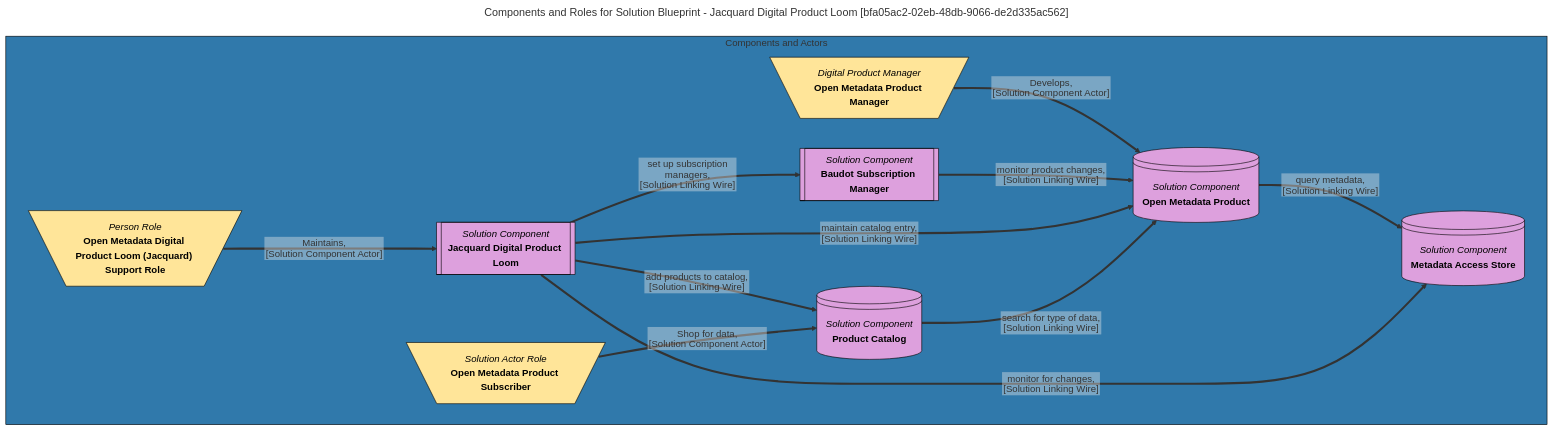
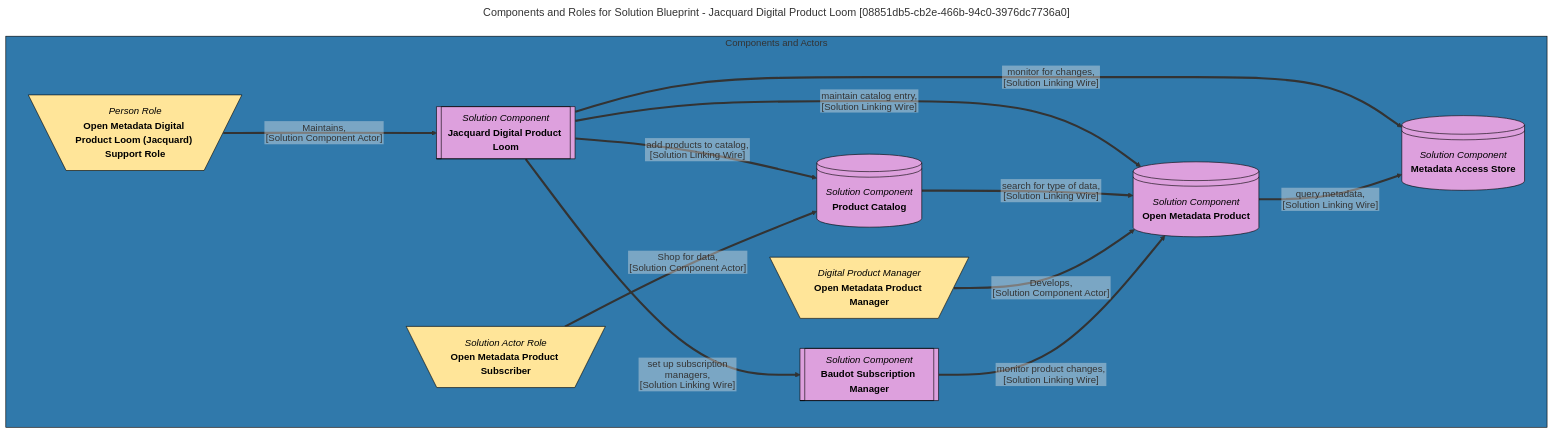
One commit to odpi/egeria-docs changed the diagram in site/snippets/blueprints/digital-products/jacquard-digital-product-loom-solution-blueprint-mermaid-graph.md. Above: the diagram before and after it, drawn with Mermaid. The commit also changed 2201 other files, not shown here.

````diff
--- a/site/snippets/blueprints/digital-products/jacquard-digital-product-loom-solution-blueprint-mermaid-graph.md
+++ b/site/snippets/blueprints/digital-products/jacquard-digital-product-loom-solution-blueprint-mermaid-graph.md
@@ -1,55 +1,55 @@
 ```mermaid
 ---
-title: Components and Roles for Solution Blueprint - Jacquard Digital Product Loom [bfa05ac2-02eb-48db-9066-de2d335ac562]
+title: Components and Roles for Solution Blueprint - Jacquard Digital Product Loom [08851db5-cb2e-466b-94c0-3976dc7736a0]
 ---
 flowchart TD
 %%{init: {"flowchart": {"htmlLabels": false}} }%%
 
 subgraph 1 [Components and Actors]
-2@{ shape: lin-cyl, label: "*Solution Component*
+2@{ shape: subproc, label: "*Solution Component*
+**Jacquard Digital Product Loom**"}
+3@{ shape: lin-cyl, label: "*Solution Component*
+**Product Catalog**"}
+4@{ shape: lin-cyl, label: "*Solution Component*
 **Open Metadata Product**"}
-3@{ shape: subproc, label: "*Solution Component*
-**Jacquard Digital Product Loom**"}
-4@{ shape: subproc, label: "*Solution Component*
+5@{ shape: lin-cyl, label: "*Solution Component*
+**Metadata Access Store**"}
+6@{ shape: subproc, label: "*Solution Component*
 **Baudot Subscription Manager**"}
-5@{ shape: lin-cyl, label: "*Solution Component*
-**Product Catalog**"}
-6@{ shape: lin-cyl, label: "*Solution Component*
-**Metadata Access Store**"}
-7@{ shape: trap-t, label: "*Digital Product Manager*
+7@{ shape: trap-t, label: "*Person Role*
+**Open Metadata Digital Product Loom (Jacquard) Support Role**"}
+7==>|"Maintains,
+[Solution Component Actor]"|2
+2==>|"maintain catalog entry,
+[Solution Linking Wire]"|4
+2==>|"add products to catalog,
+[Solution Linking Wire]"|3
+2==>|"monitor for changes,
+[Solution Linking Wire]"|5
+2==>|"set up subscription managers,
+[Solution Linking Wire]"|6
+8@{ shape: trap-t, label: "*Solution Actor Role*
+**Open Metadata Product Subscriber**"}
+8==>|"Shop for data,
+[Solution Component Actor]"|3
+3==>|"search for type of data,
+[Solution Linking Wire]"|4
+9@{ shape: trap-t, label: "*Digital Product Manager*
 **Open Metadata Product Manager**"}
-7==>|"Develops,
-[Solution Component Actor]"|2
-2==>|"query metadata,
-[Solution Linking Wire]"|6
-4==>|"monitor product changes,
-[Solution Linking Wire]"|2
-3==>|"maintain catalog entry,
-[Solution Linking Wire]"|2
-5==>|"search for type of data,
-[Solution Linking Wire]"|2
-8@{ shape: trap-t, label: "*Person Role*
-**Open Metadata Digital Product Loom (Jacquard) Support Role**"}
-8==>|"Maintains,
-[Solution Component Actor]"|3
-3==>|"add products to catalog,
+9==>|"Develops,
+[Solution Component Actor]"|4
+4==>|"query metadata,
 [Solution Linking Wire]"|5
-3==>|"monitor for changes,
-[Solution Linking Wire]"|6
-3==>|"set up subscription managers,
+6==>|"monitor product changes,
 [Solution Linking Wire]"|4
-9@{ shape: trap-t, label: "*Solution Actor Role*
-**Open Metadata Product Subscriber**"}
-9==>|"Shop for data,
-[Solution Component Actor]"|5
 end
 style 1 color:#FFFFFF, fill:#3079ab, stroke:#000000
-style 2 color:#000000, fill:#dda0dd, stroke:#000000
-style 3 color:#000000, fill:#dda0dd, stroke:#000000
-style 4 color:#000000, fill:#dda0dd, stroke:#000000
-style 5 color:#000000, fill:#dda0dd, stroke:#000000
-style 6 color:#000000, fill:#dda0dd, stroke:#000000
+style 2 color:#000000, fill:#DDA0DD, stroke:#000000
+style 3 color:#000000, fill:#DDA0DD, stroke:#000000
+style 4 color:#000000, fill:#DDA0DD, stroke:#000000
+style 5 color:#000000, fill:#DDA0DD, stroke:#000000
+style 6 color:#000000, fill:#DDA0DD, stroke:#000000
 style 7 color:#000000, fill:#FFE599, stroke:#000000
 style 8 color:#000000, fill:#FFE599, stroke:#000000
 style 9 color:#000000, fill:#FFE599, stroke:#000000
 ```
````
